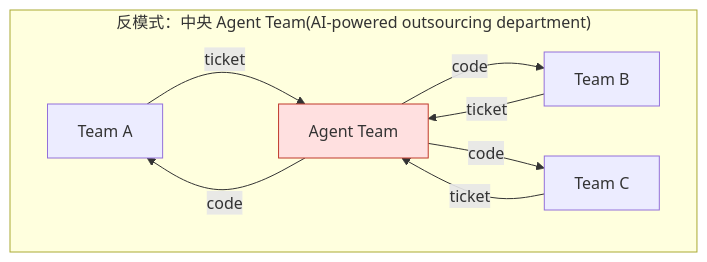
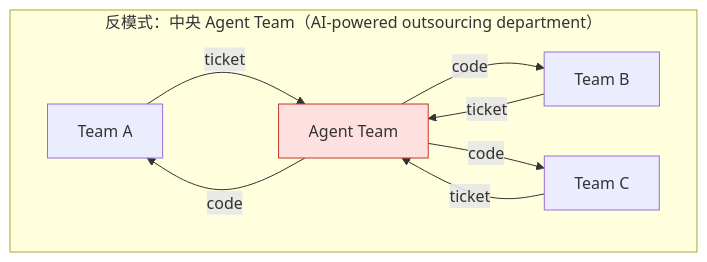
One commit to fantasybz/medium-articles changed the third of 8 diagrams in 2026-09-agentic-engineering-platform.md. Above: the diagram before and after it, drawn with Mermaid. The commit also changed other lines of this file, not shown here.

Commit message:
Polish article: add eval, guardrails, brownfield, talent, cost, and 90-day roadmap sections; zh-TW terminology fixes

````diff
--- a/2026-09-agentic-engineering-platform.md
+++ b/2026-09-agentic-engineering-platform.md
@@ -124,12 +124,12 @@
 ```mermaid
 flowchart TB
-    subgraph ANTI["反模式：中央 Agent Team(AI-powered outsourcing department)"]
+    subgraph ANTI["反模式：中央 Agent Team（AI-powered outsourcing department）"]
         TA["Team A"] -->|ticket| AGT["Agent Team"]
         TB2["Team B"] -->|ticket| AGT
         TC["Team C"] -->|ticket| AGT
         AGT -->|code| TA
         AGT -->|code| TB2
         AGT -->|code| TC
     end
     style AGT fill:#ffe0e0,stroke:#c0392b
 ```
````
